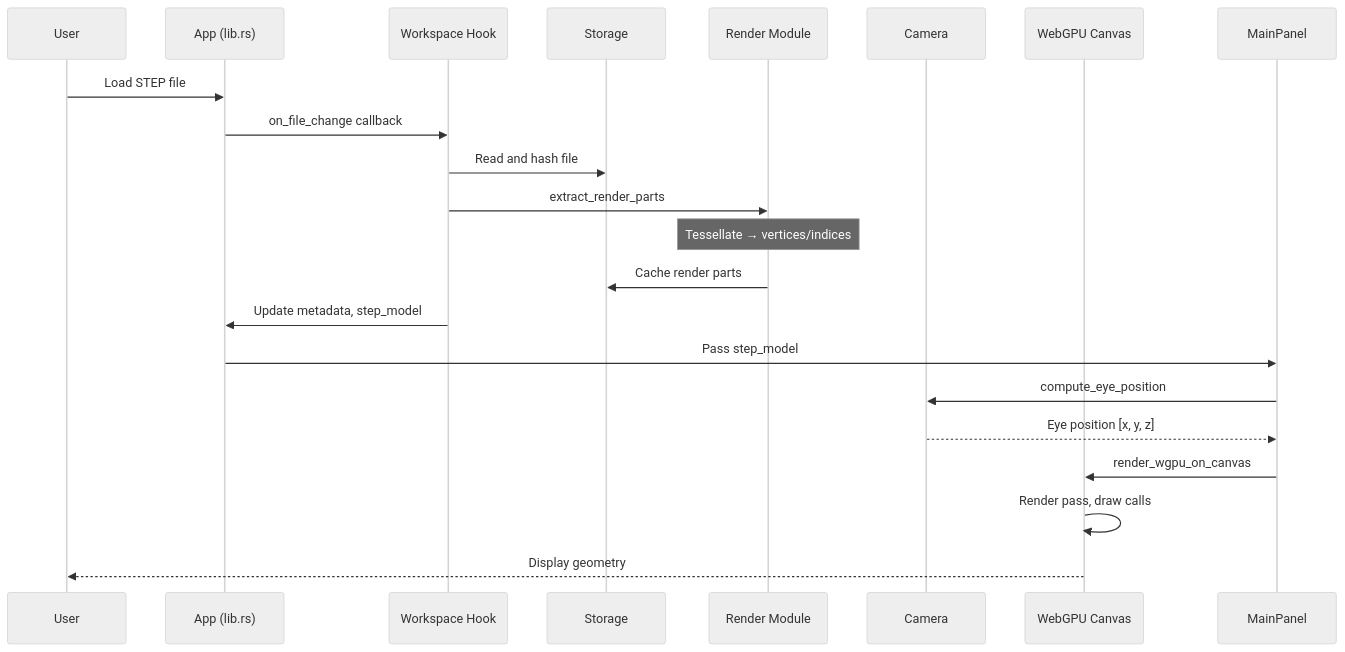
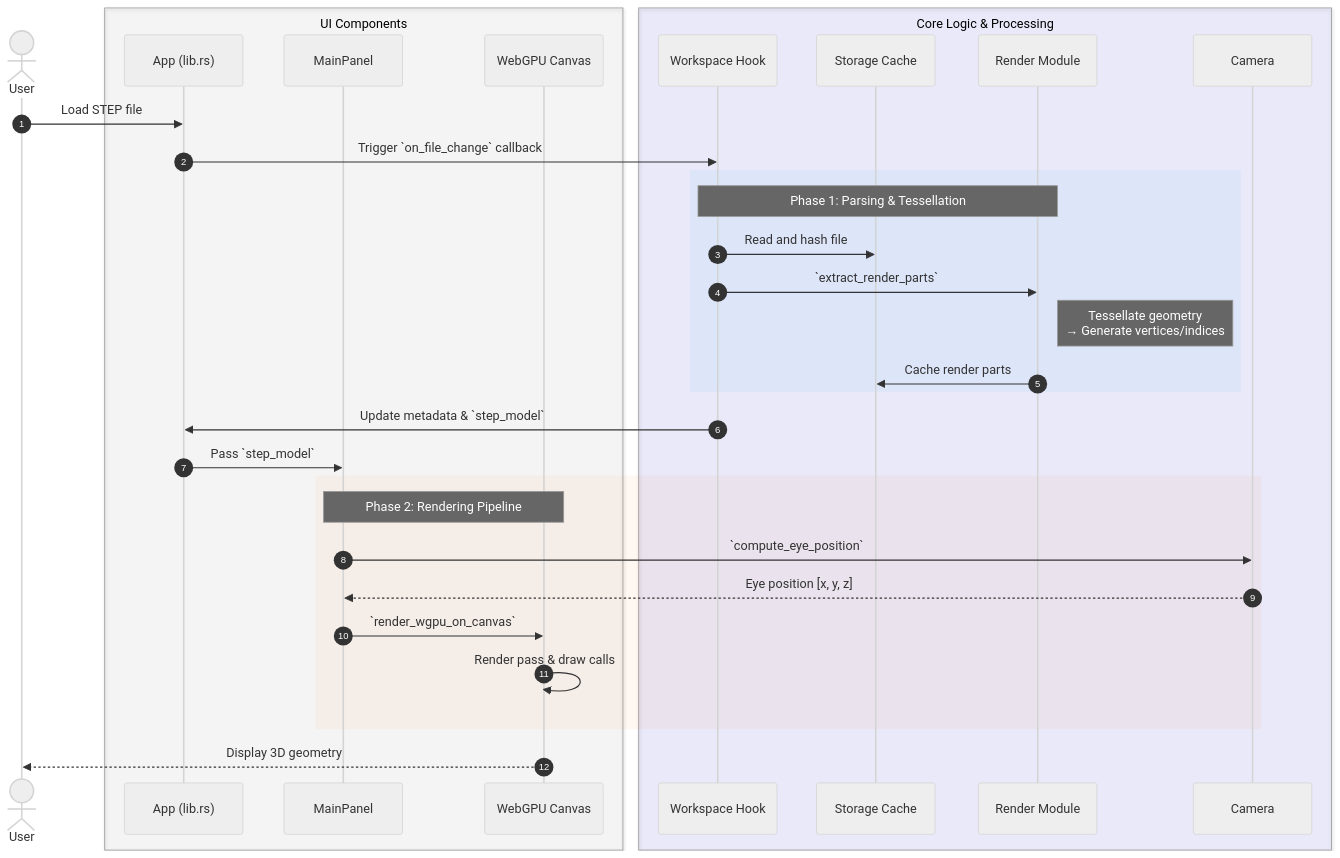
One commit to mtb0x1/stepvisualizer changed the diagram in README.md. Above: the diagram before and after it, drawn with Mermaid (neutral theme). The commit also changed other lines of this file, not shown here.

````diff
--- a/README.md
+++ b/README.md
@@ -77,24 +77,42 @@
 ```mermaid
 sequenceDiagram
-    participant User
+    autonumber
+    actor User
+    
+    box rgba(200, 200, 200, 0.1) UI Components
     participant App as App (lib.rs)
+    participant MainPanel as MainPanel
+    participant Canvas as WebGPU Canvas
+    end
+    
+    box rgba(100, 100, 255, 0.1) Core Logic & Processing
     participant Workspace as Workspace Hook
-    participant Storage as Storage
+    participant Storage as Storage Cache
     participant Render as Render Module
     participant Camera as Camera
-    participant Canvas as WebGPU Canvas
+    end
 
     User->>App: Load STEP file
-    App->>Workspace: on_file_change callback
+    App->>Workspace: Trigger `on_file_change` callback
+    
+    rect rgba(0, 150, 255, 0.05)
+    Note over Workspace,Render: Phase 1: Parsing & Tessellation
     Workspace->>Storage: Read and hash file
-    Workspace->>Render: extract_render_parts
-    Note over Render: Tessellate → vertices/indices
+    Workspace->>Render: `extract_render_parts`
+    Note right of Render: Tessellate geometry<br/>→ Generate vertices/indices
     Render->>Storage: Cache render parts
-    Workspace->>App: Update metadata, step_model
-    App->>MainPanel: Pass step_model
-    MainPanel->>Camera: compute_eye_position
+    end
+    
+    Workspace->>App: Update metadata & `step_model`
+    App->>MainPanel: Pass `step_model`
+    
+    rect rgba(255, 100, 0, 0.05)
+    Note over MainPanel,Canvas: Phase 2: Rendering Pipeline
+    MainPanel->>Camera: `compute_eye_position`
     Camera-->>MainPanel: Eye position [x, y, z]
-    MainPanel->>Canvas: render_wgpu_on_canvas
-    Canvas->>Canvas: Render pass, draw calls
-    Canvas-->>User: Display geometry
+    MainPanel->>Canvas: `render_wgpu_on_canvas`
+    Canvas->>Canvas: Render pass & draw calls
+    end
+    
+    Canvas-->>User: Display 3D geometry
 ```
````
